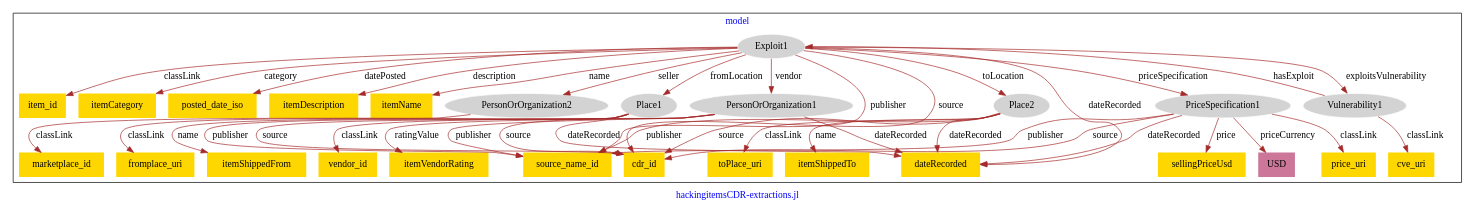
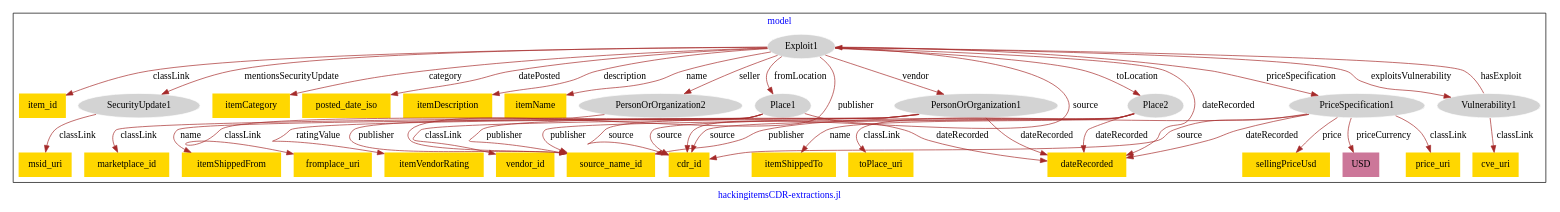
The diagram in models/asu-hacking-items/hacking_items-model.dot (usc-isi-i2/effect-alignment), drawn with Graphviz before and after one commit.

Commit message:
Update file hacking_items-model.dot

```diff
--- a/models/asu-hacking-items/hacking_items-model.dot
+++ b/models/asu-hacking-items/hacking_items-model.dot
@@ -1,72 +1,76 @@
 digraph n0 {
 fontcolor="blue"
 remincross="true"
 label="hackingitemsCDR-extractions.jl"
 subgraph cluster {
 label="model"
 n2[style="filled",color="white",fillcolor="lightgray",label="Exploit1"];
 n3[shape="plaintext",style="filled",fillcolor="gold",label="item_id"];
-n4[shape="plaintext",style="filled",fillcolor="gold",label="itemCategory"];
-n5[shape="plaintext",style="filled",fillcolor="gold",label="posted_date_iso"];
-n6[shape="plaintext",style="filled",fillcolor="gold",label="itemDescription"];
-n7[shape="plaintext",style="filled",fillcolor="gold",label="itemName"];
-n8[shape="plaintext",style="filled",fillcolor="gold",label="source_name_id"];
+n4[style="filled",color="white",fillcolor="lightgray",label="SecurityUpdate1"];
+n5[shape="plaintext",style="filled",fillcolor="gold",label="itemCategory"];
+n6[shape="plaintext",style="filled",fillcolor="gold",label="posted_date_iso"];
+n7[shape="plaintext",style="filled",fillcolor="gold",label="itemDescription"];
+n8[shape="plaintext",style="filled",fillcolor="gold",label="itemName"];
 n9[style="filled",color="white",fillcolor="lightgray",label="PersonOrOrganization1"];
 n10[shape="plaintext",style="filled",fillcolor="gold",label="vendor_id"];
-n11[shape="plaintext",style="filled",fillcolor="gold",label="itemVendorRating"];
-n12[style="filled",color="white",fillcolor="lightgray",label="PersonOrOrganization2"];
-n13[shape="plaintext",style="filled",fillcolor="gold",label="marketplace_id"];
-n14[style="filled",color="white",fillcolor="lightgray",label="Vulnerability1"];
-n15[shape="plaintext",style="filled",fillcolor="gold",label="cve_uri"];
-n16[style="filled",color="white",fillcolor="lightgray",label="Place1"];
-n17[shape="plaintext",style="filled",fillcolor="gold",label="fromplace_uri"];
-n18[shape="plaintext",style="filled",fillcolor="gold",label="itemShippedFrom"];
-n19[style="filled",color="white",fillcolor="lightgray",label="Place2"];
-n20[shape="plaintext",style="filled",fillcolor="gold",label="toPlace_uri"];
-n21[shape="plaintext",style="filled",fillcolor="gold",label="itemShippedTo"];
-n22[style="filled",color="white",fillcolor="lightgray",label="PriceSpecification1"];
-n23[shape="plaintext",style="filled",fillcolor="gold",label="price_uri"];
-n24[shape="plaintext",style="filled",fillcolor="gold",label="dateRecorded"];
-n25[shape="plaintext",style="filled",fillcolor="gold",label="sellingPriceUsd"];
-n26[shape="plaintext",style="filled",fillcolor="#CC7799",label="USD"];
-n27[shape="plaintext",style="filled",fillcolor="gold",label="cdr_id"];
+n11[shape="plaintext",style="filled",fillcolor="gold",label="source_name_id"];
+n12[shape="plaintext",style="filled",fillcolor="gold",label="itemVendorRating"];
+n13[style="filled",color="white",fillcolor="lightgray",label="PersonOrOrganization2"];
+n14[shape="plaintext",style="filled",fillcolor="gold",label="marketplace_id"];
+n15[shape="plaintext",style="filled",fillcolor="gold",label="msid_uri"];
+n16[style="filled",color="white",fillcolor="lightgray",label="Vulnerability1"];
+n17[shape="plaintext",style="filled",fillcolor="gold",label="cve_uri"];
+n18[style="filled",color="white",fillcolor="lightgray",label="Place1"];
+n19[shape="plaintext",style="filled",fillcolor="gold",label="fromplace_uri"];
+n20[shape="plaintext",style="filled",fillcolor="gold",label="itemShippedFrom"];
+n21[style="filled",color="white",fillcolor="lightgray",label="Place2"];
+n22[shape="plaintext",style="filled",fillcolor="gold",label="toPlace_uri"];
+n23[shape="plaintext",style="filled",fillcolor="gold",label="itemShippedTo"];
+n24[style="filled",color="white",fillcolor="lightgray",label="PriceSpecification1"];
+n25[shape="plaintext",style="filled",fillcolor="gold",label="price_uri"];
+n26[shape="plaintext",style="filled",fillcolor="gold",label="sellingPriceUsd"];
+n27[shape="plaintext",style="filled",fillcolor="#CC7799",label="USD"];
+n28[shape="plaintext",style="filled",fillcolor="gold",label="cdr_id"];
+n29[shape="plaintext",style="filled",fillcolor="gold",label="dateRecorded"];
 }
 n2 -> n3[color="brown",fontcolor="black",label="classLink"]
-n2 -> n4[color="brown",fontcolor="black",label="category"]
-n2 -> n5[color="brown",fontcolor="black",label="datePosted"]
-n2 -> n6[color="brown",fontcolor="black",label="description"]
-n2 -> n7[color="brown",fontcolor="black",label="name"]
-n2 -> n8[color="brown",fontcolor="black",label="publisher"]
+n2 -> n4[color="brown",fontcolor="black",label="mentionsSecurityUpdate"]
+n2 -> n5[color="brown",fontcolor="black",label="category"]
+n2 -> n6[color="brown",fontcolor="black",label="datePosted"]
+n2 -> n7[color="brown",fontcolor="black",label="description"]
+n2 -> n8[color="brown",fontcolor="black",label="name"]
 n9 -> n10[color="brown",fontcolor="black",label="classLink"]
-n9 -> n8[color="brown",fontcolor="black",label="publisher"]
-n9 -> n11[color="brown",fontcolor="black",label="ratingValue"]
-n12 -> n13[color="brown",fontcolor="black",label="classLink"]
-n14 -> n15[color="brown",fontcolor="black",label="classLink"]
+n9 -> n11[color="brown",fontcolor="black",label="publisher"]
+n9 -> n12[color="brown",fontcolor="black",label="ratingValue"]
+n13 -> n14[color="brown",fontcolor="black",label="classLink"]
+n4 -> n15[color="brown",fontcolor="black",label="classLink"]
 n16 -> n17[color="brown",fontcolor="black",label="classLink"]
-n16 -> n18[color="brown",fontcolor="black",label="name"]
-n16 -> n8[color="brown",fontcolor="black",label="publisher"]
-n19 -> n20[color="brown",fontcolor="black",label="classLink"]
-n19 -> n21[color="brown",fontcolor="black",label="name"]
-n19 -> n8[color="brown",fontcolor="black",label="publisher"]
-n22 -> n23[color="brown",fontcolor="black",label="classLink"]
-n22 -> n24[color="brown",fontcolor="black",label="dateRecorded"]
-n22 -> n25[color="brown",fontcolor="black",label="price"]
-n22 -> n26[color="brown",fontcolor="black",label="priceCurrency"]
-n22 -> n8[color="brown",fontcolor="black",label="publisher"]
-n22 -> n27[color="brown",fontcolor="black",label="source"]
-n2 -> n19[color="brown",fontcolor="black",label="toLocation"]
-n2 -> n22[color="brown",fontcolor="black",label="priceSpecification"]
-n9 -> n24[color="brown",fontcolor="black",label="dateRecorded"]
+n18 -> n19[color="brown",fontcolor="black",label="classLink"]
+n18 -> n20[color="brown",fontcolor="black",label="name"]
+n18 -> n11[color="brown",fontcolor="black",label="publisher"]
+n21 -> n22[color="brown",fontcolor="black",label="classLink"]
+n21 -> n23[color="brown",fontcolor="black",label="name"]
+n21 -> n11[color="brown",fontcolor="black",label="publisher"]
+n24 -> n25[color="brown",fontcolor="black",label="classLink"]
+n24 -> n26[color="brown",fontcolor="black",label="price"]
+n24 -> n27[color="brown",fontcolor="black",label="priceCurrency"]
+n24 -> n11[color="brown",fontcolor="black",label="publisher"]
+n2 -> n24[color="brown",fontcolor="black",label="priceSpecification"]
+n2 -> n21[color="brown",fontcolor="black",label="toLocation"]
+n21 -> n28[color="brown",fontcolor="black",label="source"]
+n2 -> n18[color="brown",fontcolor="black",label="fromLocation"]
+n16 -> n2[color="brown",fontcolor="black",label="hasExploit"]
+n18 -> n29[color="brown",fontcolor="black",label="dateRecorded"]
+n2 -> n16[color="brown",fontcolor="black",label="exploitsVulnerability"]
+n2 -> n13[color="brown",fontcolor="black",label="seller"]
+n2 -> n29[color="brown",fontcolor="black",label="dateRecorded"]
+n2 -> n11[color="brown",fontcolor="black",label="publisher"]
+n2 -> n28[color="brown",fontcolor="black",label="source"]
+n9 -> n28[color="brown",fontcolor="black",label="source"]
+n9 -> n29[color="brown",fontcolor="black",label="dateRecorded"]
+n24 -> n29[color="brown",fontcolor="black",label="dateRecorded"]
 n2 -> n9[color="brown",fontcolor="black",label="vendor"]
-n19 -> n24[color="brown",fontcolor="black",label="dateRecorded"]
-n2 -> n27[color="brown",fontcolor="black",label="source"]
-n2 -> n16[color="brown",fontcolor="black",label="fromLocation"]
-n14 -> n2[color="brown",fontcolor="black",label="hasExploit"]
-n2 -> n14[color="brown",fontcolor="black",label="exploitsVulnerability"]
-n2 -> n12[color="brown",fontcolor="black",label="seller"]
-n16 -> n24[color="brown",fontcolor="black",label="dateRecorded"]
-n2 -> n24[color="brown",fontcolor="black",label="dateRecorded"]
-n9 -> n27[color="brown",fontcolor="black",label="source"]
-n16 -> n27[color="brown",fontcolor="black",label="source"]
-n19 -> n27[color="brown",fontcolor="black",label="source"]
+n18 -> n28[color="brown",fontcolor="black",label="source"]
+n24 -> n28[color="brown",fontcolor="black",label="source"]
+n21 -> n29[color="brown",fontcolor="black",label="dateRecorded"]
 }
```
